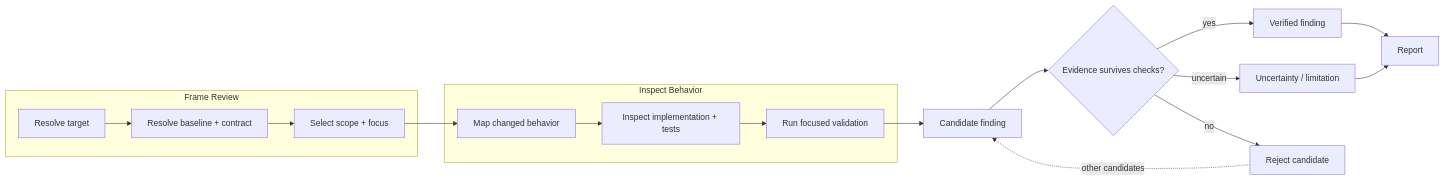
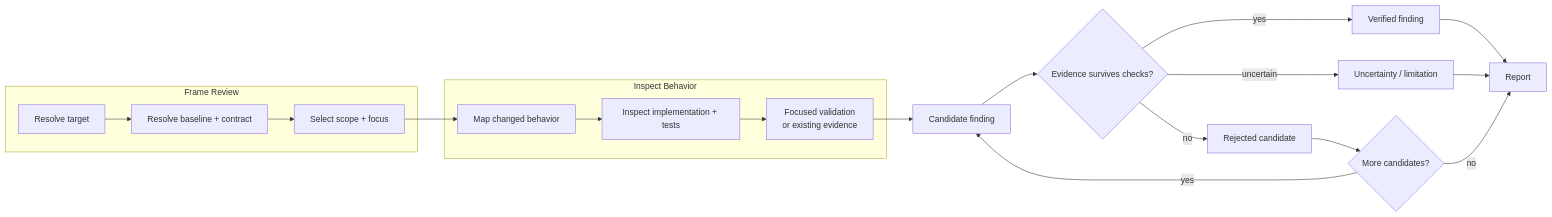
The diagram in .agents/skills/pivot-review-code/references/workflow.md (mols3131d/hmda-data-reliability), drawn with Mermaid before and after one commit.

Commit message:
docs: refine code review Mermaid states

````diff
--- a/.agents/skills/pivot-review-code/references/workflow.md
+++ b/.agents/skills/pivot-review-code/references/workflow.md
@@ -7,23 +7,25 @@
 ```mermaid
 flowchart LR
     subgraph frame ["Frame Review"]
         target["Resolve target"] --> contract["Resolve baseline + contract"]
         contract --> scope["Select scope + focus"]
     end
 
     subgraph inspect ["Inspect Behavior"]
         scope --> map["Map changed behavior"]
         map --> code["Inspect implementation + tests"]
-        code --> validation["Run focused validation"]
+        code --> validation["Focused validation<br/>or existing evidence"]
     end
 
     validation --> candidate["Candidate finding"]
     candidate --> verify{"Evidence survives checks?"}
     verify -->|yes| finding["Verified finding"]
     verify -->|uncertain| uncertainty["Uncertainty / limitation"]
-    verify -->|no| reject["Reject candidate"]
+    verify -->|no| rejected["Rejected candidate"]
 
-    finding --> report["Report"]
+    rejected --> more{"More candidates?"}
+    more -->|yes| candidate
+    more -->|no| report["Report"]
+    finding --> report
     uncertainty --> report
-    reject -.->|other candidates| candidate
 ```
````
